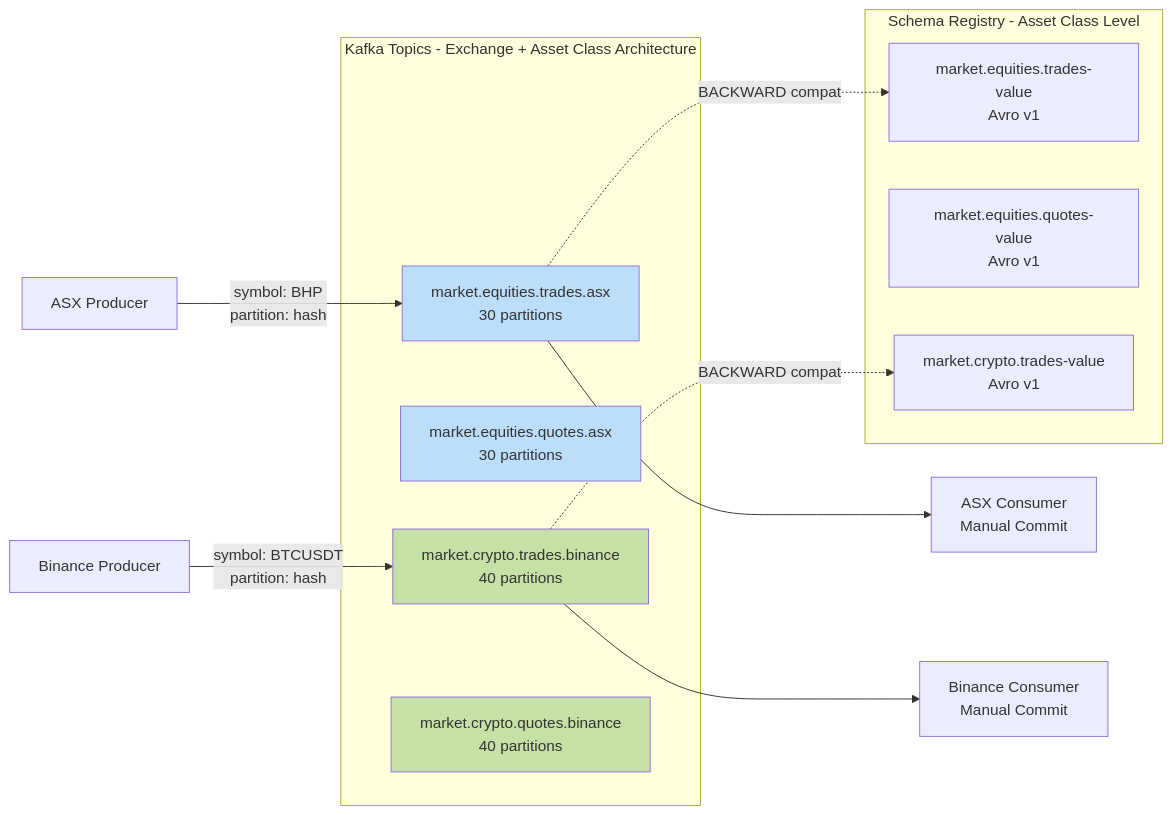
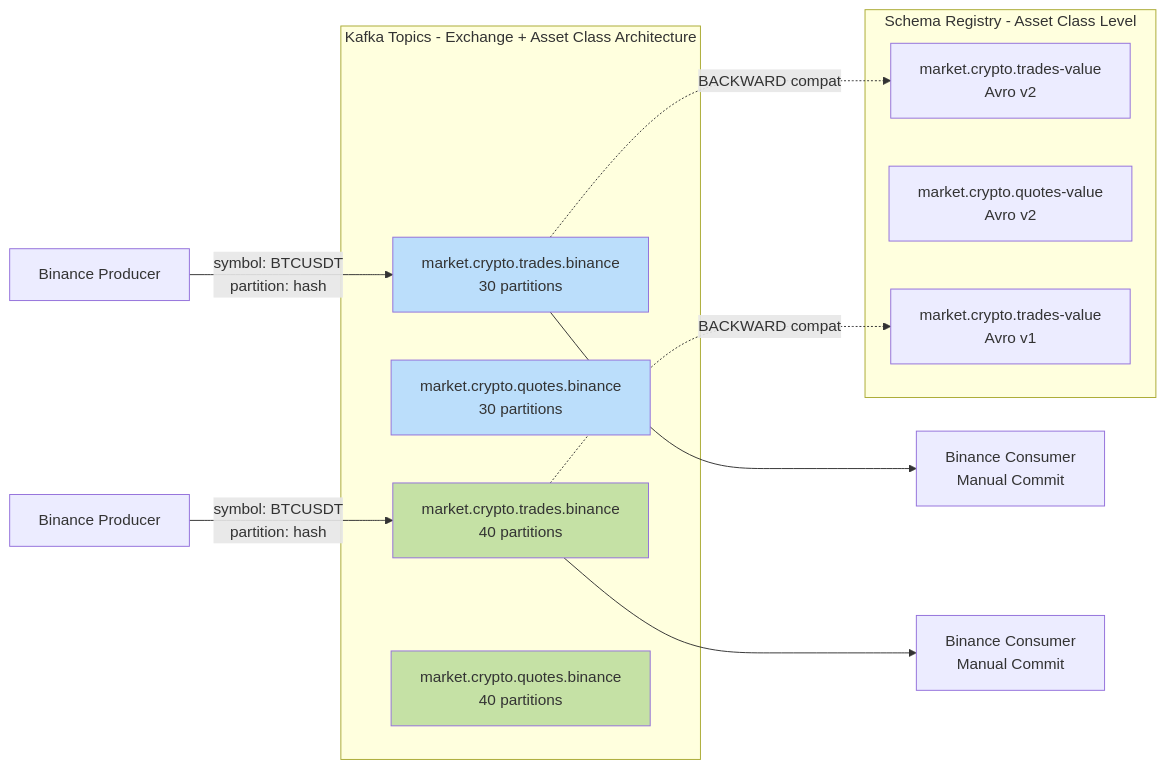
Before and after one commit to rjdscott/k2-market-data-platform: the second of 8 diagrams in docs/architecture/system-design.md, drawn with Mermaid. The commit also changed other lines of this file and 258 other files, not shown here.

````diff
--- a/docs/architecture/system-design.md
+++ b/docs/architecture/system-design.md
@@ -110,29 +110,29 @@
 ```mermaid
 graph LR
     subgraph "Kafka Topics - Exchange + Asset Class Architecture"
-        T1[market.equities.trades.asx<br/>30 partitions]
-        T2[market.equities.quotes.asx<br/>30 partitions]
+        T1[market.crypto.trades.binance<br/>30 partitions]
+        T2[market.crypto.quotes.binance<br/>30 partitions]
         T3[market.crypto.trades.binance<br/>40 partitions]
         T4[market.crypto.quotes.binance<br/>40 partitions]
     end
 
     subgraph "Schema Registry - Asset Class Level"
-        S1[market.equities.trades-value<br/>Avro v1]
-        S2[market.equities.quotes-value<br/>Avro v1]
+        S1[market.crypto.trades-value<br/>Avro v2]
+        S2[market.crypto.quotes-value<br/>Avro v2]
         S3[market.crypto.trades-value<br/>Avro v1]
     end
 
-    Producer1[ASX Producer] -->|symbol: BHP<br/>partition: hash| T1
+    Producer1[Binance Producer] -->|symbol: BTCUSDT<br/>partition: hash| T1
     Producer2[Binance Producer] -->|symbol: BTCUSDT<br/>partition: hash| T3
 
     T1 -.->|BACKWARD compat| S1
     T3 -.->|BACKWARD compat| S3
 
-    T1 --> Consumer1[ASX Consumer<br/>Manual Commit]
+    T1 --> Consumer1[Binance Consumer<br/>Manual Commit]
     T3 --> Consumer2[Binance Consumer<br/>Manual Commit]
 
     style T1 fill:#bbdefb
     style T2 fill:#bbdefb
     style T3 fill:#c5e1a5
     style T4 fill:#c5e1a5
 ```
````
